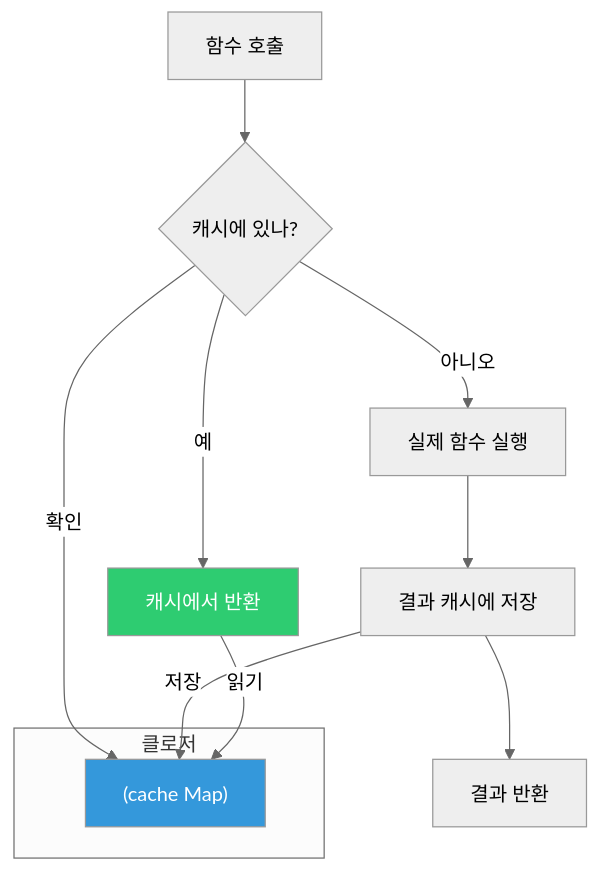
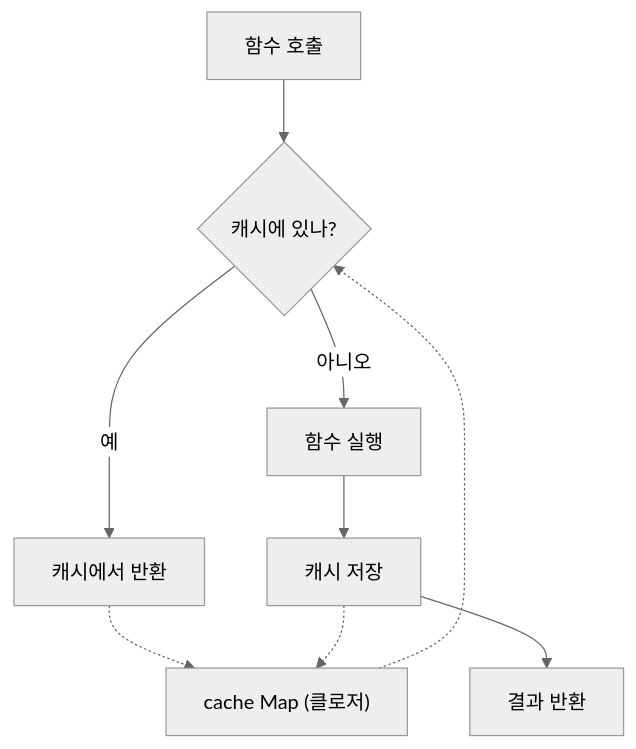
One commit to yjkim2015/yjkim2015.github.io changed the fifth of 8 diagrams in _posts/frontend/2026-05-02-js-closure.md. Above: the diagram before and after it, drawn with Mermaid (neutral theme). The commit also changed other lines of this file and 215 other files, not shown here.

First line of the commit message:
신규 포스트 10개 추가 + Mermaid 전면 축소 + SystemDesign 시리즈 보강

````diff
--- a/_posts/frontend/2026-05-02-js-closure.md
+++ b/_posts/frontend/2026-05-02-js-closure.md
@@ -389,19 +337,9 @@
 ```mermaid
 flowchart TD
     A["함수 호출"] --> B{"캐시에 있나?"}
     B -->|"예"| C["캐시에서 반환"]
-    B -->|"아니오"| D["실제 함수 실행"]
-    D --> E["결과 캐시에 저장"]
-    E --> F["결과 반환"]
-
-    subgraph "클로저"
-        CACHE["(cache Map)"]
-    end
-
-    B -->|"확인"| CACHE
-    E -->|"저장"| CACHE
-    C -->|"읽기"| CACHE
-
-    style CACHE fill:#3498db,color:#fff
-    style C fill:#2ecc71,color:#fff
+    B -->|"아니오"| D["함수 실행"] --> E["캐시 저장"] --> F["결과 반환"]
+    CACHE["cache Map (클로저)"] -.-> B
+    C -.-> CACHE
+    E -.-> CACHE
 ```
````
